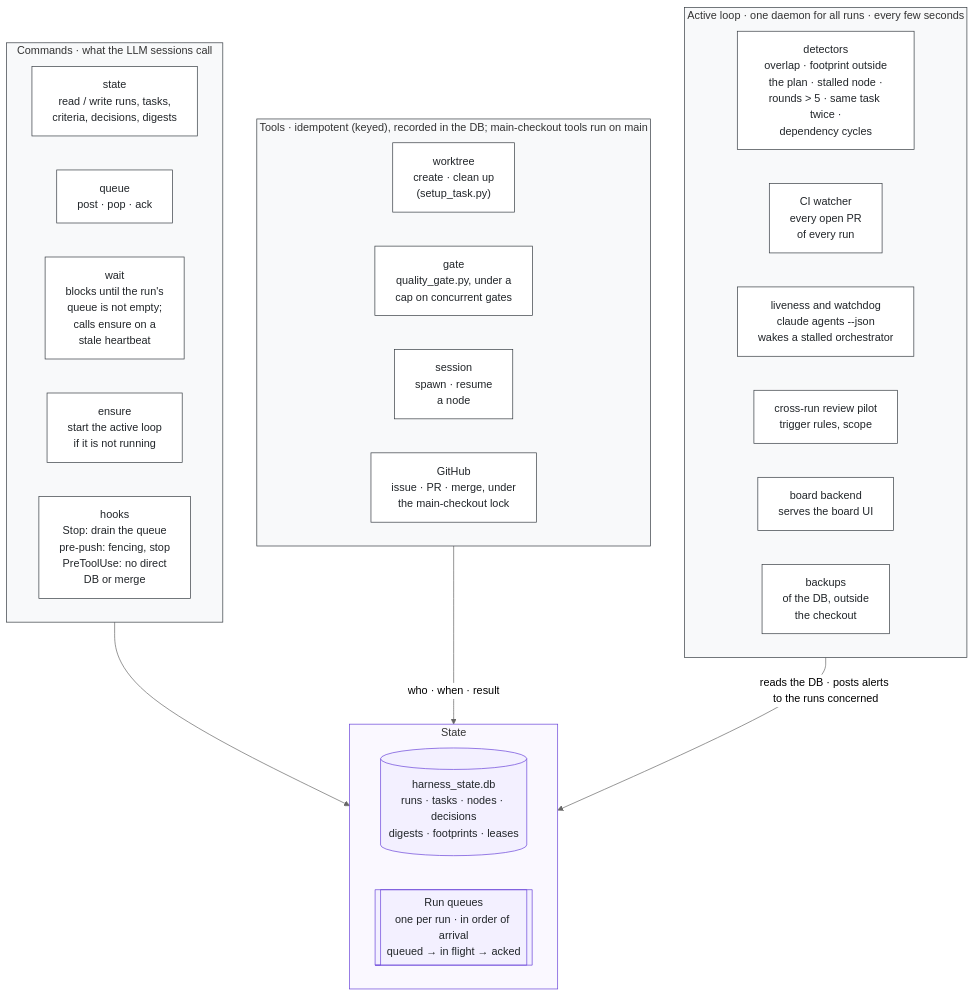
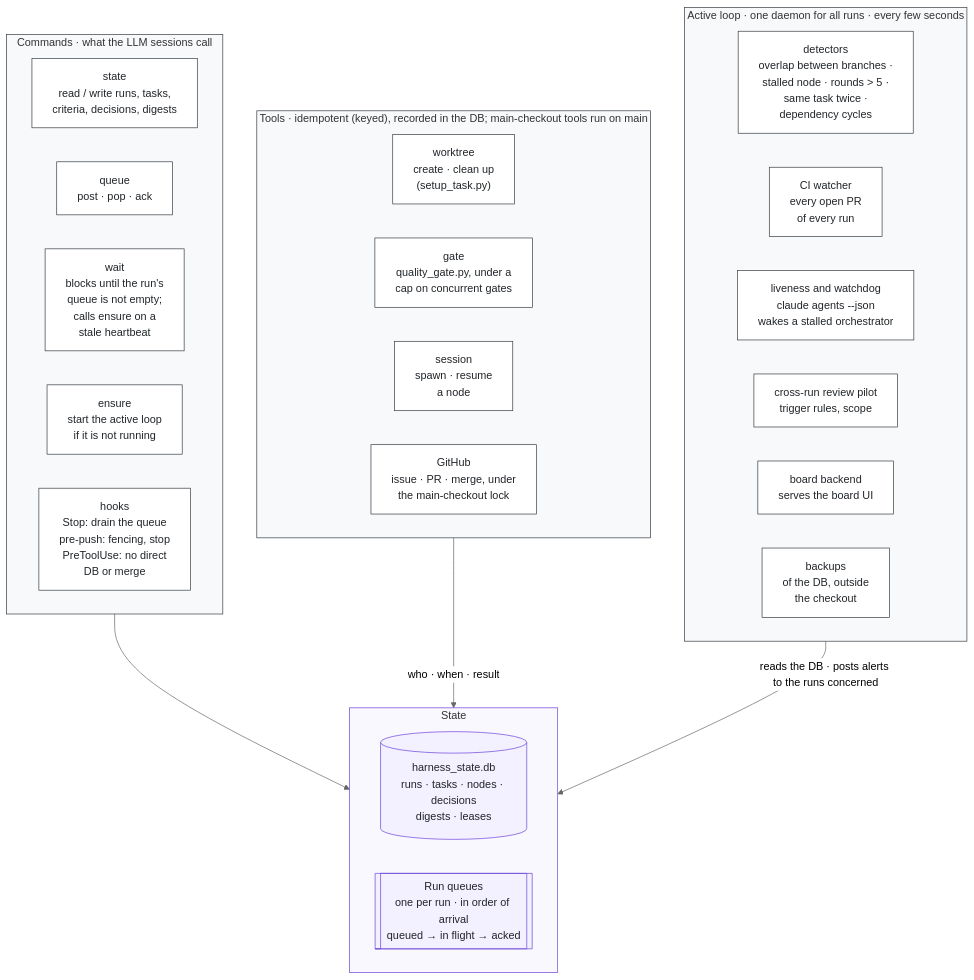
The second of 7 diagrams in docs/epics/QS-369.md (tmenguy/quiet-solar), drawn with Mermaid (neutral theme) before and after one commit. The commit also changed other lines of this file and 2 other files, not shown here.

First line of the commit message:
QS-369: drop the footprint concept, not only the reservations

````diff
--- a/docs/epics/QS-369.md
+++ b/docs/epics/QS-369.md
@@ -626,44 +626,44 @@
 ```mermaid
 flowchart TB
     subgraph DOOR["Commands · what the LLM sessions call"]
         direction LR
         c1["state<br/>read / write runs, tasks,<br/>criteria, decisions, digests"]
         c2["queue<br/>post · pop · ack"]
         c3["wait<br/>blocks until the run's<br/>queue is not empty;<br/>calls ensure on a<br/>stale heartbeat"]
         c4["ensure<br/>start the active loop<br/>if it is not running"]
         c5["hooks<br/>Stop: drain the queue<br/>pre-push: fencing, stop<br/>PreToolUse: no direct<br/>DB or merge"]
     end
     subgraph TOOLS["Tools · idempotent (keyed), recorded in the DB; main-checkout tools run on main"]
         direction LR
         t1["worktree<br/>create · clean up<br/>(setup_task.py)"]
         t2["gate<br/>quality_gate.py, under a<br/>cap on concurrent gates"]
         t3["session<br/>spawn · resume<br/>a node"]
         t4["GitHub<br/>issue · PR · merge, under<br/>the main-checkout lock"]
     end
     subgraph STATE["State"]
         direction LR
-        db[("harness_state.db<br/>runs · tasks · nodes · decisions<br/>digests · footprints · leases")]
+        db[("harness_state.db<br/>runs · tasks · nodes · decisions<br/>digests · leases")]
         q[["Run queues<br/>one per run · in order of arrival<br/>queued → in flight → acked"]]
     end
     subgraph ACTIVE["Active loop · one daemon for all runs · every few seconds"]
         direction LR
-        a1["detectors<br/>overlap · footprint outside<br/>the plan · stalled node ·<br/>rounds > 5 · same task twice ·<br/>dependency cycles"]
+        a1["detectors<br/>overlap between branches ·<br/>stalled node · rounds > 5 ·<br/>same task twice ·<br/>dependency cycles"]
         a2["CI watcher<br/>every open PR<br/>of every run"]
         a3["liveness and watchdog<br/>claude agents --json<br/>wakes a stalled orchestrator"]
         a4["cross-run review pilot<br/>trigger rules, scope"]
         a5["board backend<br/>serves the board UI"]
         a6["backups<br/>of the DB, outside<br/>the checkout"]
     end
     DOOR --> STATE
     TOOLS -->|"who · when · result"| STATE
     ACTIVE -->|"reads the DB · posts alerts to the runs concerned"| STATE
 
     classDef cpc fill:#FFFFFF,stroke:#343A40,color:#212529
     classDef st fill:#F3F0FF,stroke:#6741D9,color:#212529
     class c1,c2,c3,c4,c5,t1,t2,t3,t4,a1,a2,a3,a4,a5,a6 cpc
     class db,q st
     style DOOR fill:#F8F9FA,stroke:#343A40
     style TOOLS fill:#F8F9FA,stroke:#343A40
     style STATE fill:#FAF8FF,stroke:#6741D9
     style ACTIVE fill:#F8F9FA,stroke:#343A40
 ```
````
